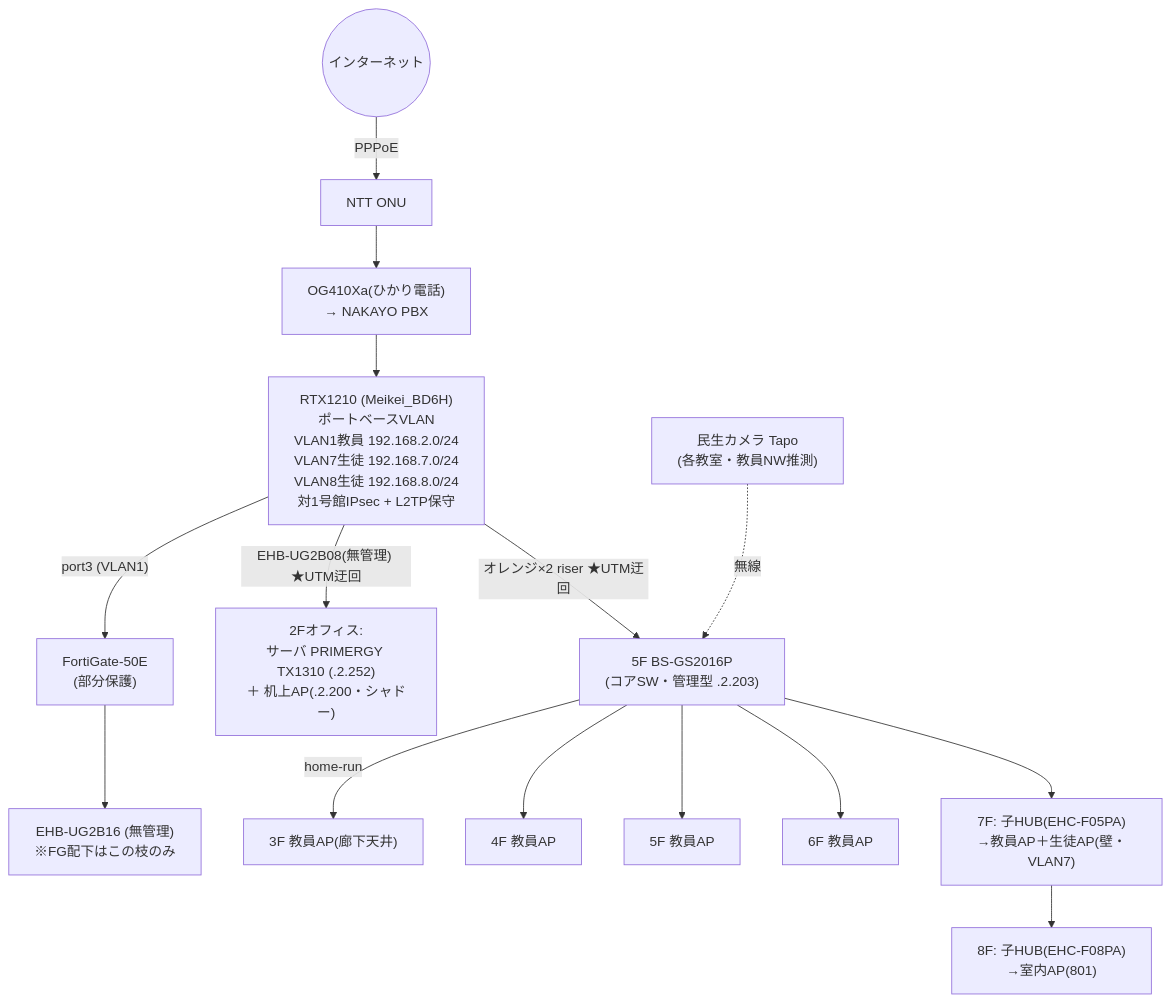
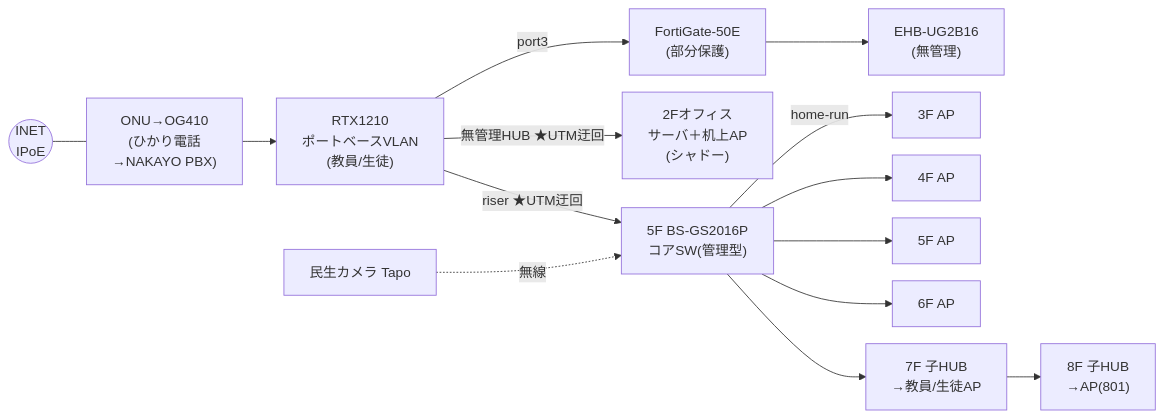
Before and after one commit to zva06206-shimizu/yss_secretary: the fourth of 5 diagrams in work/nagoya-keiei-kaikei/03_documents/20260625_現状調査報告書_名古屋経営会計専門学校.md, drawn with Mermaid. The commit also changed other lines of this file, not shown here.

Commit message:
報告書: 6号館説明のホスト名除去(5号館と統一)・5/6号館トポロジ図をLR(A4横向き)に変換しノード間隔調整・ラベル短縮

````diff
--- a/work/nagoya-keiei-kaikei/03_documents/20260625_現状調査報告書_名古屋経営会計専門学校.md
+++ b/work/nagoya-keiei-kaikei/03_documents/20260625_現状調査報告書_名古屋経営会計専門学校.md
@@ -170,16 +170,16 @@
 ```mermaid
-flowchart TB
-    INET((インターネット)) -->|PPPoE| ONU["NTT ONU"]
-    ONU --> OG["OG410Xa(ひかり電話)<br/>→ NAKAYO PBX"] --> RT["RTX1210 (Meikei_BD6H)<br/>ポートベースVLAN<br/>VLAN1教員 192.168.2.0/24<br/>VLAN7生徒 192.168.7.0/24<br/>VLAN8生徒 192.168.8.0/24<br/>対1号館IPsec + L2TP保守"]
-    RT -->|"port3 (VLAN1)"| FG["FortiGate-50E<br/>(部分保護)"]
-    FG --> EHB16["EHB-UG2B16 (無管理)<br/>※FG配下はこの枝のみ"]
-    RT -->|"EHB-UG2B08(無管理) ★UTM迂回"| OFF["2Fオフィス:<br/>サーバ PRIMERGY TX1310 (.2.252)<br/>＋ 机上AP(.2.200・シャドー)"]
-    RT -->|"オレンジ×2 riser ★UTM迂回"| CORE["5F BS-GS2016P<br/>(コアSW・管理型 .2.203)"]
-    CORE -->|home-run| AP3["3F 教員AP(廊下天井)"]
-    CORE --> AP4["4F 教員AP"]
-    CORE --> AP5["5F 教員AP"]
-    CORE --> AP6["6F 教員AP"]
-    CORE --> AP7["7F: 子HUB(EHC-F05PA)<br/>→教員AP＋生徒AP(壁・VLAN7)"]
-    AP7 --> AP8["8F: 子HUB(EHC-F08PA)<br/>→室内AP(801)"]
-    CAM["民生カメラ Tapo<br/>(各教室・教員NW推測)"] -. 無線 .-> CORE
+%%{init: {'flowchart': {'nodeSpacing': 20, 'rankSpacing': 40}} }%%
+flowchart LR
+    INET((INET<br/>IPoE)) --- OG["ONU→OG410<br/>(ひかり電話<br/>→NAKAYO PBX)"] --> RT["RTX1210<br/>ポートベースVLAN<br/>(教員/生徒)"]
+    RT -->|port3| FG["FortiGate-50E<br/>(部分保護)"]
+    FG --> EHB16["EHB-UG2B16<br/>(無管理)"]
+    RT -->|"無管理HUB ★UTM迂回"| OFF["2Fオフィス<br/>サーバ＋机上AP<br/>(シャドー)"]
+    RT -->|"riser ★UTM迂回"| CORE["5F BS-GS2016P<br/>コアSW(管理型)"]
+    CORE -->|home-run| AP3["3F AP"]
+    CORE --> AP4["4F AP"]
+    CORE --> AP5["5F AP"]
+    CORE --> AP6["6F AP"]
+    CORE --> AP7["7F 子HUB<br/>→教員/生徒AP"]
+    AP7 --> AP8["8F 子HUB<br/>→AP(801)"]
+    CAM["民生カメラ Tapo"] -. 無線 .-> CORE
 ```
````
